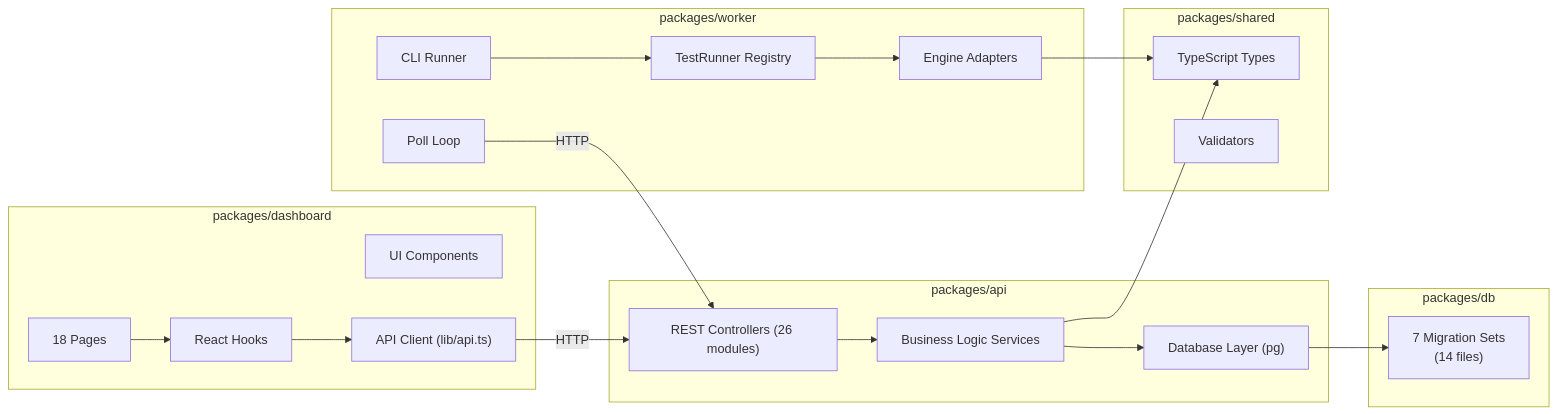
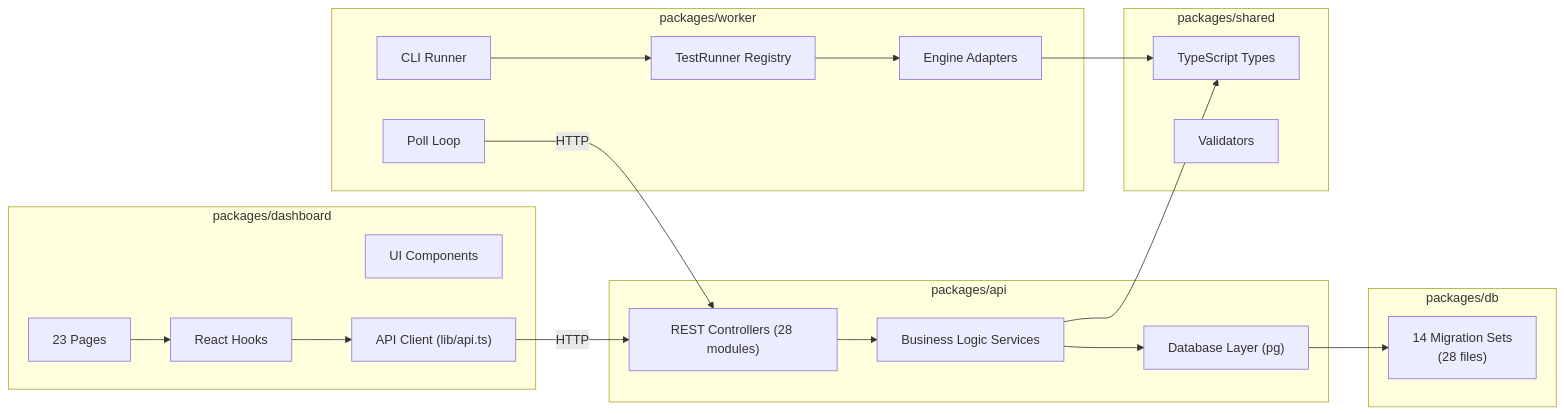
Before and after one commit to jj-shen99/uxperf: the second of 9 diagrams in docs/ARCHITECTURE.md, drawn with Mermaid. The commit also changed other lines of this file and 14 other files, not shown here.

````diff
--- a/docs/ARCHITECTURE.md
+++ b/docs/ARCHITECTURE.md
@@ -109,43 +109,43 @@
 ```mermaid
 graph LR
     subgraph "packages/dashboard"
-        Pages["18 Pages"]
+        Pages["23 Pages"]
         Components["UI Components"]
         Hooks["React Hooks"]
         API_Client["API Client (lib/api.ts)"]
     end
 
     subgraph "packages/api"
-        Controllers["REST Controllers (26 modules)"]
+        Controllers["REST Controllers (28 modules)"]
         Services["Business Logic Services"]
         DB_Layer["Database Layer (pg)"]
     end
 
     subgraph "packages/worker"
         CLI["CLI Runner"]
         PollLoop["Poll Loop"]
         TestRunner["TestRunner Registry"]
         Adapters["Engine Adapters"]
     end
 
     subgraph "packages/db"
-        Migrations["7 Migration Sets<br/>(14 files)"]
+        Migrations["14 Migration Sets<br/>(28 files)"]
     end
 
     subgraph "packages/shared"
         Types["TypeScript Types"]
         Validators["Validators"]
     end
 
     Pages --> Hooks
     Hooks --> API_Client
     API_Client -->|HTTP| Controllers
     Controllers --> Services
     Services --> DB_Layer
     DB_Layer --> Migrations
     PollLoop -->|HTTP| Controllers
     CLI --> TestRunner
     TestRunner --> Adapters
     Services --> Types
     Adapters --> Types
 ```
````
